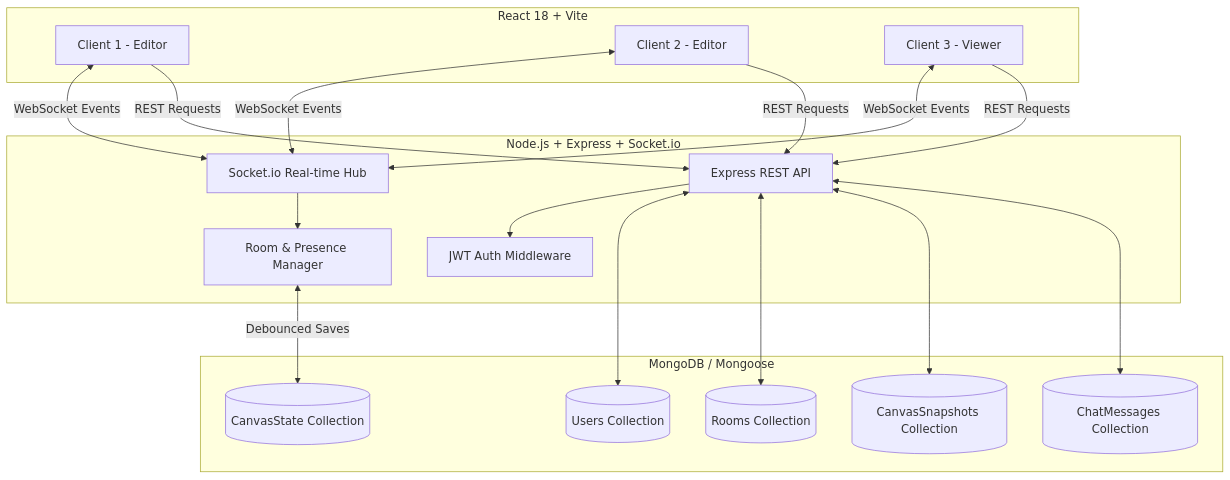
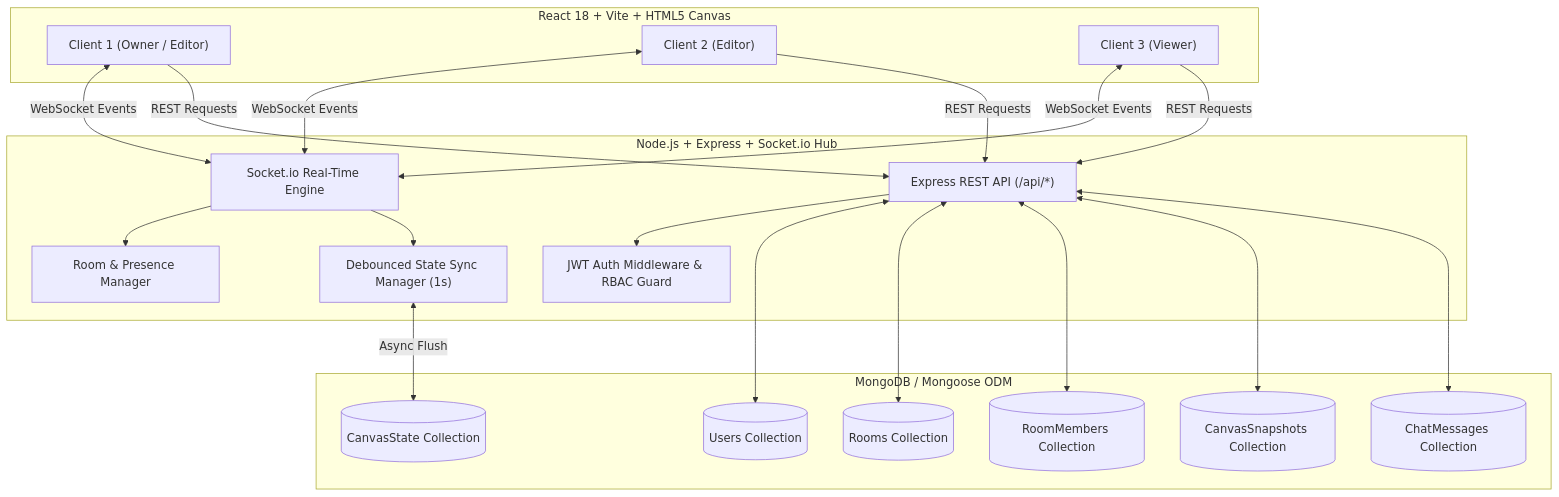
The first of 2 diagrams in README.md (sujal-papalkar/collab-canvas), drawn with Mermaid before and after one commit. The commit also changed other lines of this file and 6 other files, not shown here.

````diff
--- a/README.md
+++ b/README.md
@@ -49,39 +103,44 @@
 ```mermaid
 graph TD
-    subgraph Client Layer [React 18 + Vite]
-        C1[Client 1 - Editor]
-        C2[Client 2 - Editor]
-        C3[Client 3 - Viewer]
+    subgraph Client Layer [React 18 + Vite + HTML5 Canvas]
+        C1["Client 1 (Owner / Editor)"]
+        C2["Client 2 (Editor)"]
+        C3["Client 3 (Viewer)"]
     end
 
-    subgraph Backend Layer [Node.js + Express + Socket.io]
-        Server[Express REST API]
-        WS[Socket.io Real-time Hub]
-        AuthMid[JWT Auth Middleware]
-        RoomMgr[Room & Presence Manager]
+    subgraph Backend Layer [Node.js + Express + Socket.io Hub]
+        REST["Express REST API (/api/*)"]
+        WS["Socket.io Real-Time Engine"]
+        AuthMid["JWT Auth Middleware & RBAC Guard"]
+        RoomMgr["Room & Presence Manager"]
+        DebounceMgr["Debounced State Sync Manager (1s)"]
     end
 
-    subgraph Database Layer [MongoDB / Mongoose]
-        Users[(Users Collection)]
-        Rooms[(Rooms Collection)]
-        CanvasState[(CanvasState Collection)]
-        Snapshots[(CanvasSnapshots Collection)]
-        Chat[(ChatMessages Collection)]
+    subgraph Database Layer [MongoDB / Mongoose ODM]
+        Users[("Users Collection")]
+        Rooms[("Rooms Collection")]
+        RoomMembers[("RoomMembers Collection")]
+        CanvasState[("CanvasState Collection")]
+        Snapshots[("CanvasSnapshots Collection")]
+        ChatMessages[("ChatMessages Collection")]
     end
 
     C1 <-->|WebSocket Events| WS
     C2 <-->|WebSocket Events| WS
     C3 <-->|WebSocket Events| WS
 
-    C1 -->|REST Requests| Server
-    C2 -->|REST Requests| Server
-    C3 -->|REST Requests| Server
+    C1 -->|REST Requests| REST
+    C2 -->|REST Requests| REST
+    C3 -->|REST Requests| REST
 
-    Server --> AuthMid
+    REST --> AuthMid
     WS --> RoomMgr
-    RoomMgr <-->|Debounced Saves| CanvasState
-    Server <--> Users
-    Server <--> Rooms
-    Server <--> Snapshots
-    Server <--> Chat
+    WS --> DebounceMgr
+    DebounceMgr <-->|Async Flush| CanvasState
+
+    REST <--> Users
+    REST <--> Rooms
+    REST <--> RoomMembers
+    REST <--> Snapshots
+    REST <--> ChatMessages
 ```
````
